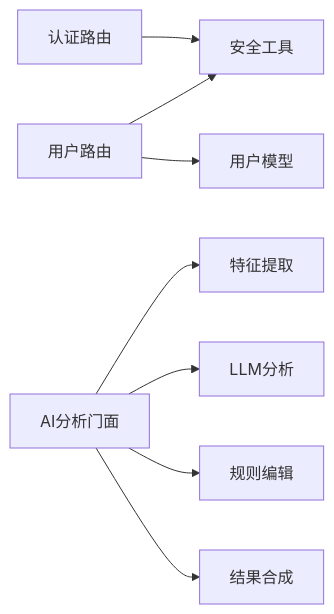
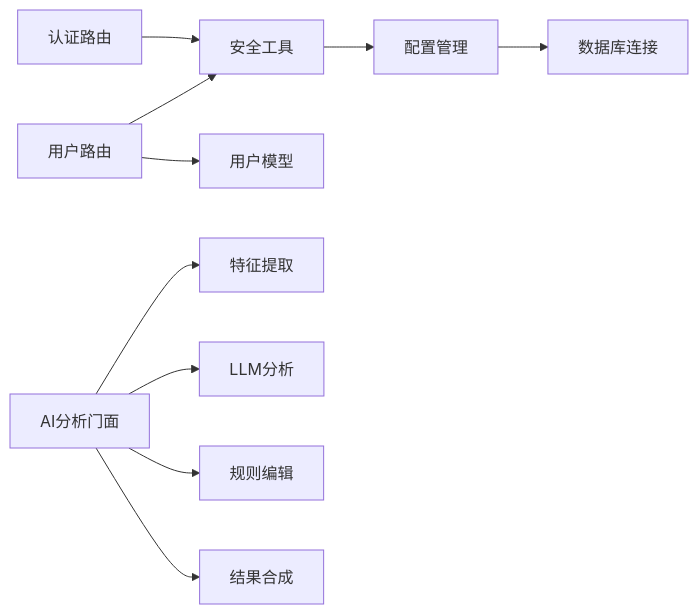
The ninth of 9 diagrams in .qoder/repowiki/zh/content/测试策略.md (selectzhangyuan/AI-photo-coach), drawn with Mermaid before and after one commit. The commit also changed other lines of this file and 28 other files, not shown here.

````diff
--- a/.qoder/repowiki/zh/content/测试策略.md
+++ b/.qoder/repowiki/zh/content/测试策略.md
@@ -301,10 +408,12 @@
 ```mermaid
 graph LR
 AuthRouter["认证路由"] --> Sec["安全工具"]
 UsersRouter["用户路由"] --> Sec
 UsersRouter --> UserModel["用户模型"]
 Analyzer["AI分析门面"] --> CV["特征提取"]
 Analyzer --> LLM["LLM分析"]
 Analyzer --> Rules["规则编辑"]
 Analyzer --> Composer["结果合成"]
+Sec --> Config["配置管理"]
+Config --> DB["数据库连接"]
 ```
````
